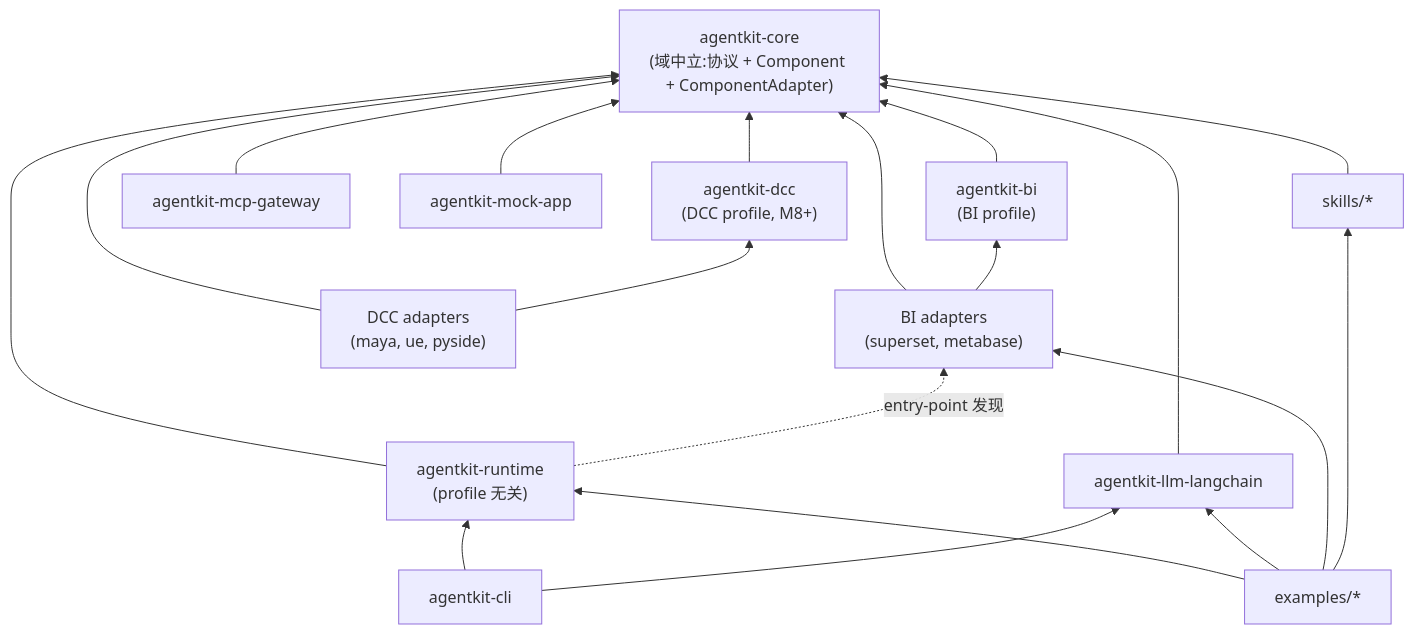
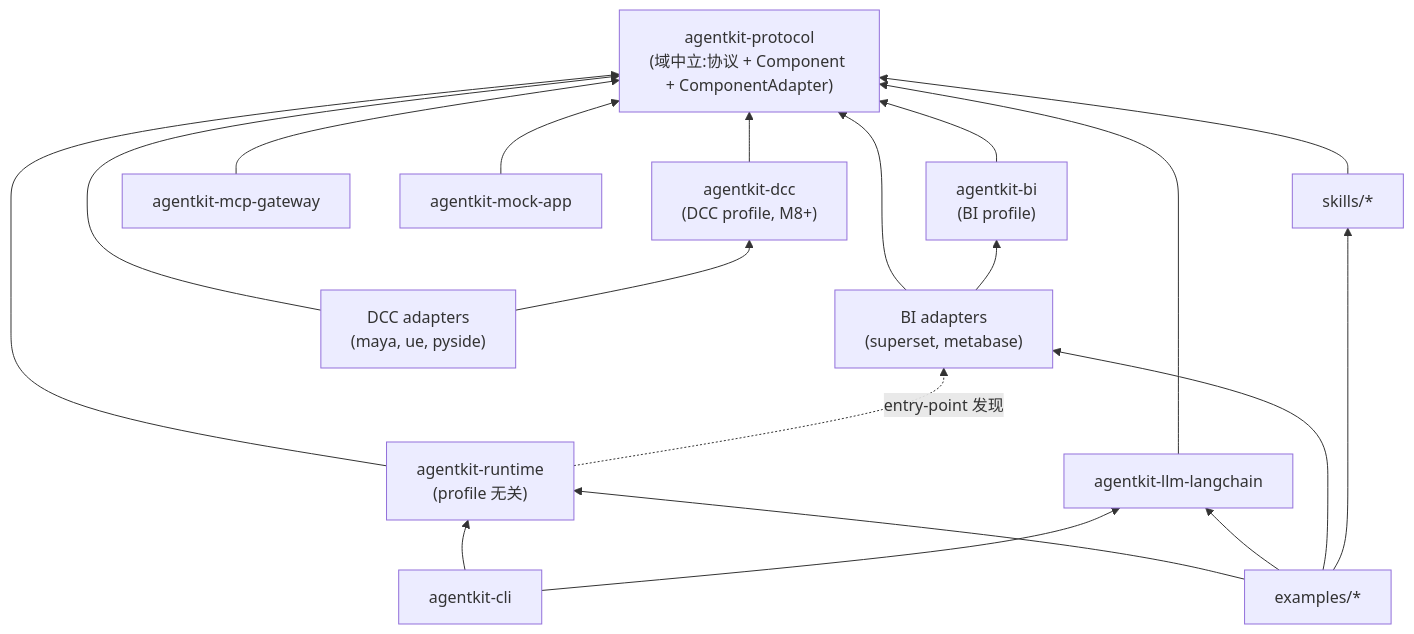
Diagram 12 of 13 in agentkit-architecture.md (ShawnDen-coder/agentkit), drawn with Mermaid before and after one commit. The commit also changed other lines of this file and 25 other files, not shown here.

First line of the commit message:
refactor(protocol): rename to agentkit_protocol, add verb primitives

````diff
--- a/agentkit-architecture.md
+++ b/agentkit-architecture.md
@@ -795,35 +795,35 @@
 ```mermaid
 flowchart BT
-    CORE["agentkit-core<br/>(域中立:协议 + Component + ComponentAdapter)"]
+    CORE["agentkit-protocol<br/>(域中立:协议 + Component + ComponentAdapter)"]
     BI["agentkit-bi<br/>(BI profile)"]
     DCC["agentkit-dcc<br/>(DCC profile, M8+)"]
     RT["agentkit-runtime<br/>(profile 无关)"]
     LLM["agentkit-llm-langchain"]
     CLI["agentkit-cli"]
     MCP["agentkit-mcp-gateway"]
     MOCK["agentkit-mock-app"]
     AD_BI["BI adapters<br/>(superset, metabase)"]
     AD_DCC["DCC adapters<br/>(maya, ue, pyside)"]
     SK["skills/*"]
     EX["examples/*"]
 
     BI --> CORE
     DCC --> CORE
     RT --> CORE
     LLM --> CORE
     MCP --> CORE
     MOCK --> CORE
     SK --> CORE
     AD_BI --> CORE
     AD_BI --> BI
     AD_DCC --> CORE
     AD_DCC --> DCC
     CLI --> RT
     CLI --> LLM
     EX --> RT
     EX --> LLM
     EX --> AD_BI
     EX --> SK
 
     RT -.->|entry-point 发现| AD_BI
 ```
````
